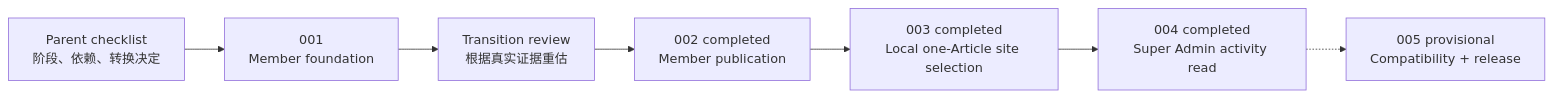
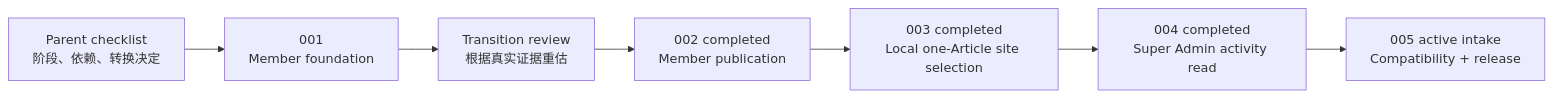
One commit to lonelyreader/chinaknowledge changed the diagram in docs/roadmap/agent-workspace-program.md. Above: the diagram before and after it, drawn with Mermaid. The commit also changed other lines of this file and 7 other files, not shown here.

Commit message:
docs(agent): start compatibility release

````diff
--- a/docs/roadmap/agent-workspace-program.md
+++ b/docs/roadmap/agent-workspace-program.md
@@ -21,9 +21,9 @@
 ```mermaid
 flowchart LR
     P["Parent checklist<br/>阶段、依赖、转换决定"] --> A1["001<br/>Member foundation"]
     A1 --> R["Transition review<br/>根据真实证据重估"]
     R --> A2["002 completed<br/>Member publication"]
     A2 --> A3["003 completed<br/>Local one-Article site selection"]
     A3 --> A4["004 completed<br/>Super Admin activity read"]
-    A4 -.-> A5["005 provisional<br/>Compatibility + release"]
+    A4 --> A5["005 active intake<br/>Compatibility + release"]
 ```
````
